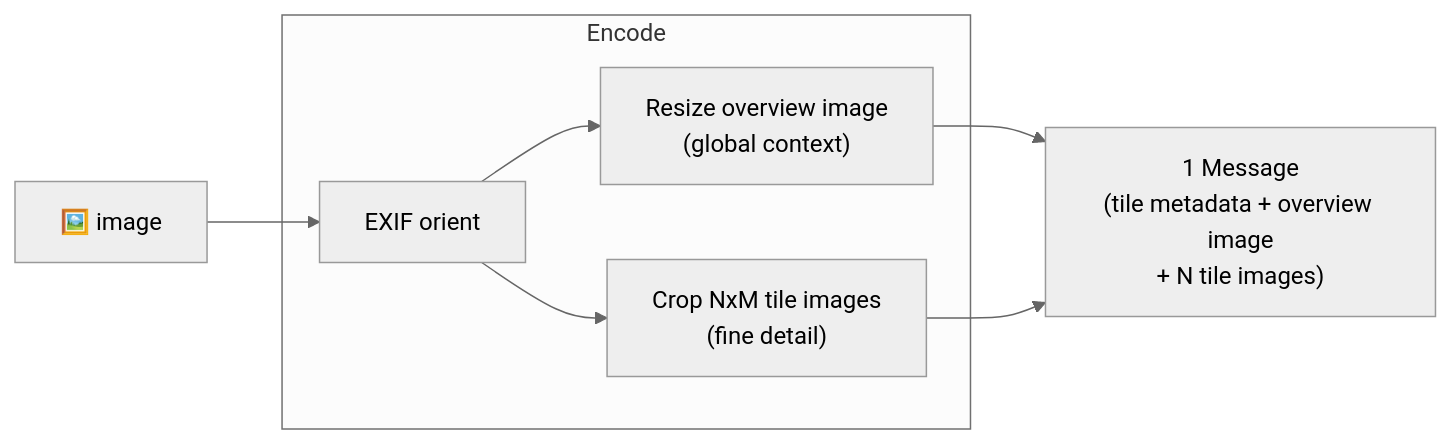
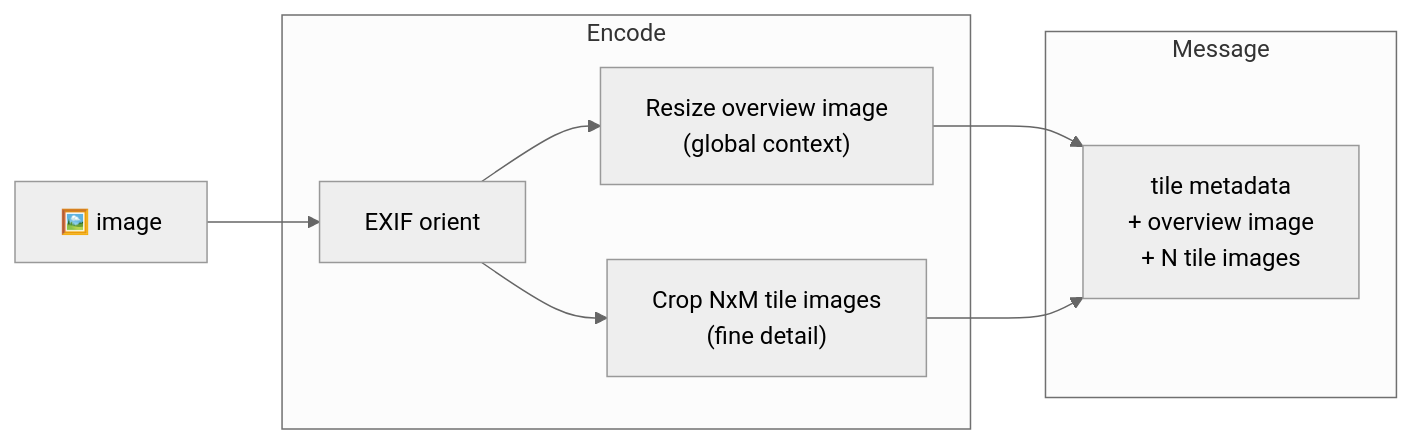
Before and after one commit to vlm-run/mm: the second of 17 diagrams in docs/ENCODERS.md, drawn with Mermaid (neutral theme). The commit also changed other lines of this file and 1 other file, not shown here.

Commit message:
use a message block with subgroups

````diff
--- a/docs/ENCODERS.md
+++ b/docs/ENCODERS.md
@@ -36,18 +38,20 @@
 ```mermaid
 graph LR
   img["🖼️ image"]
 
   subgraph encode ["Encode"]
     exif["EXIF orient"]
     overview["Resize overview image\n(global context)"]
     tiles["Crop NxM tile images\n(fine detail)"]
   end
 
-  msg["1 Message\n(tile metadata + overview image\n+ N tile images)"]
+  subgraph message ["Message"]
+    msg["tile metadata\n+ overview image\n+ N tile images"]
+  end
 
   img --> exif
   exif --> overview
   exif --> tiles
   overview --> msg
   tiles --> msg
 ```
````
